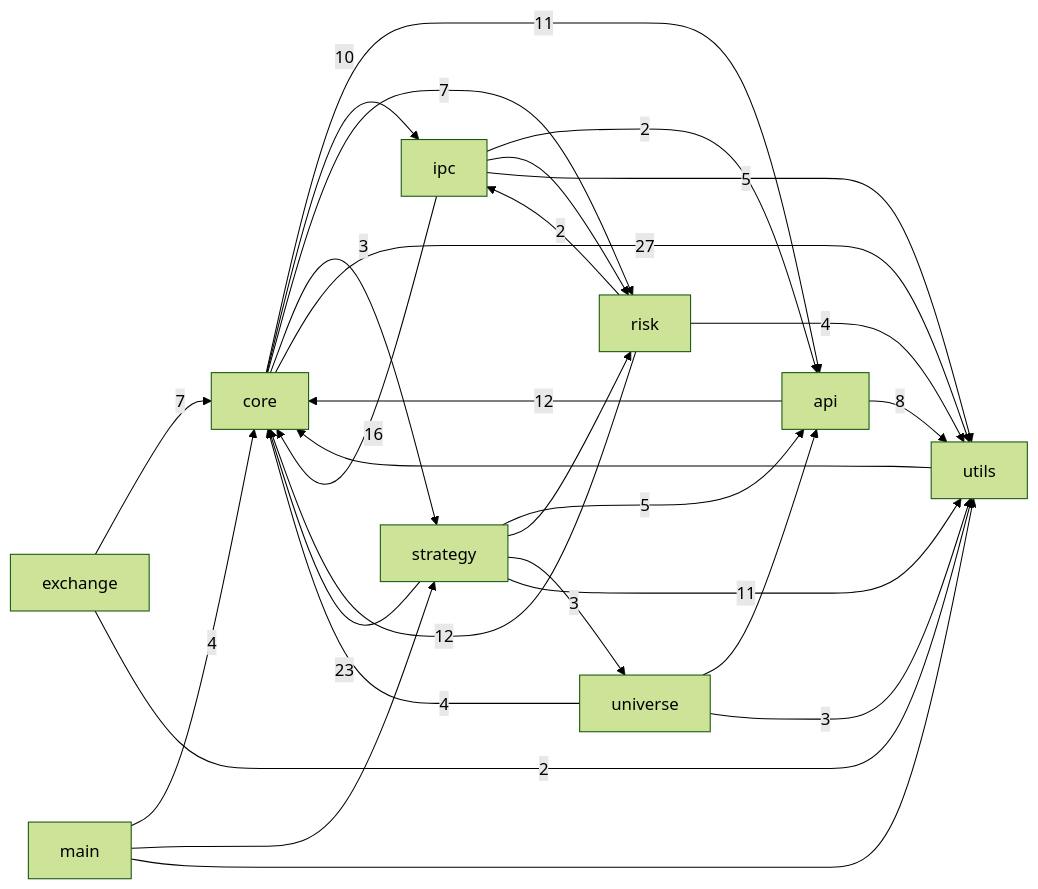
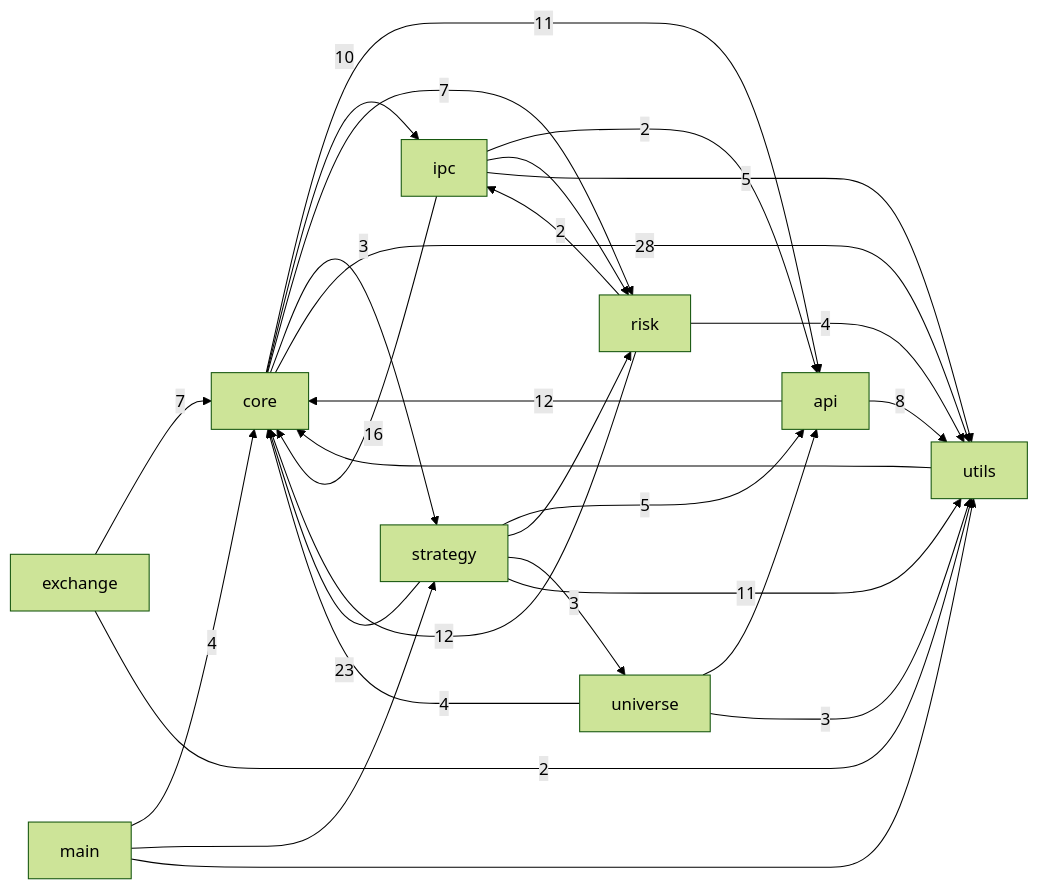
The first of 3 diagrams in docs/CODE_GRAPH.md (pypy8171/Quant), drawn with Mermaid (forest theme) before and after one commit. The commit also changed other lines of this file and 10 other files, not shown here.

````diff
--- a/docs/CODE_GRAPH.md
+++ b/docs/CODE_GRAPH.md
@@ -10,40 +10,40 @@
 ```mermaid
 graph LR
   main[main]
   core[core]
   strategy[strategy]
   api[api]
   universe[universe]
   risk[risk]
   ipc[ipc]
   utils[utils]
   exchange[exchange]
   api -->|12| core
   api -->|8| utils
   core -->|11| api
   core -->|10| ipc
   core -->|7| risk
   core -->|3| strategy
-  core -->|27| utils
+  core -->|28| utils
   exchange -->|7| core
   exchange -->|2| utils
   ipc -->|2| api
   ipc -->|16| core
   ipc --> risk
   ipc -->|5| utils
   main -->|4| core
   main --> strategy
   main --> utils
   risk -->|12| core
   risk -->|2| ipc
   risk -->|4| utils
   strategy -->|5| api
   strategy -->|23| core
   strategy --> risk
   strategy -->|3| universe
   strategy -->|11| utils
   universe --> api
   universe -->|4| core
   universe -->|3| utils
   utils --> core
 ```
````
